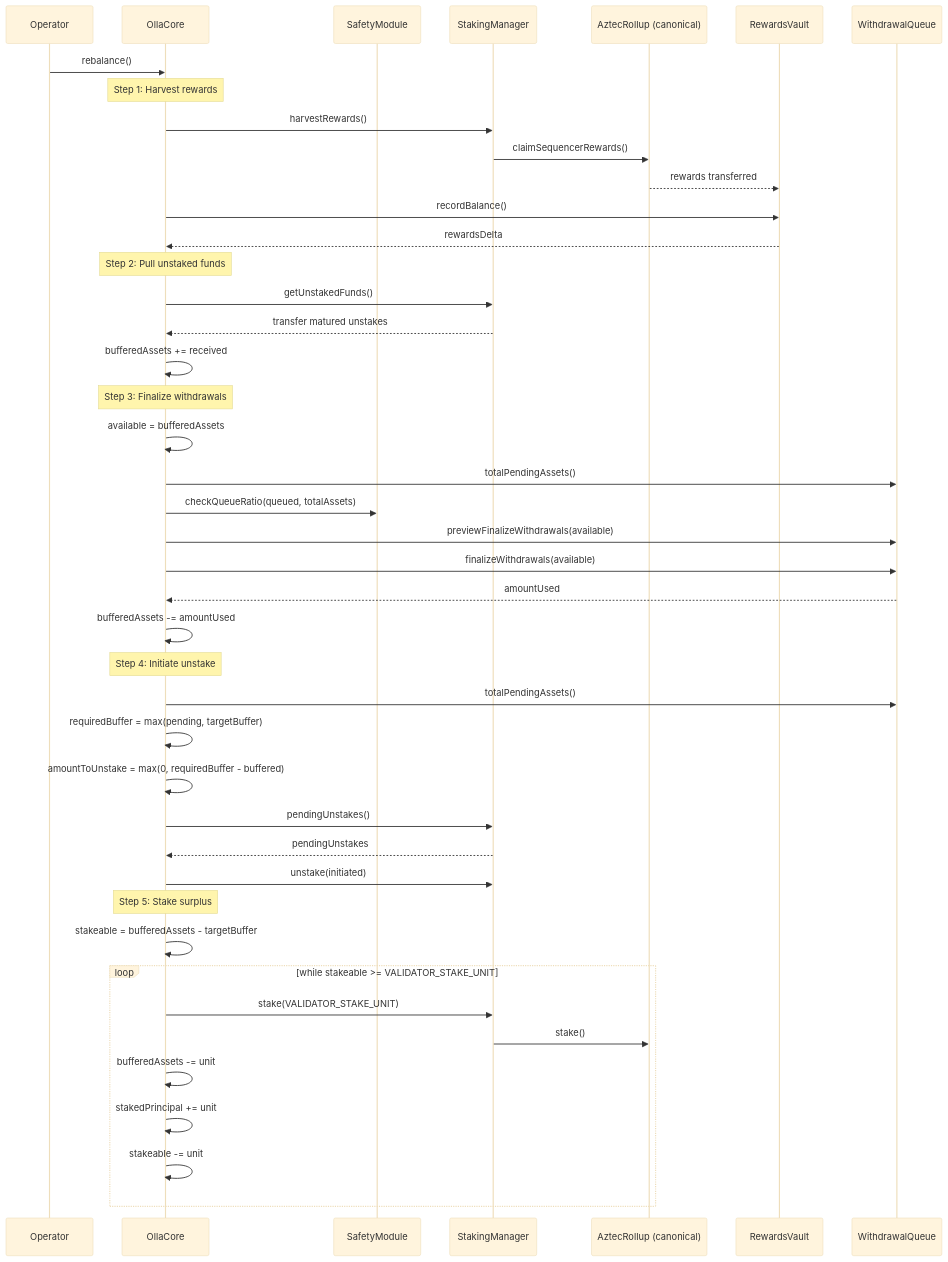
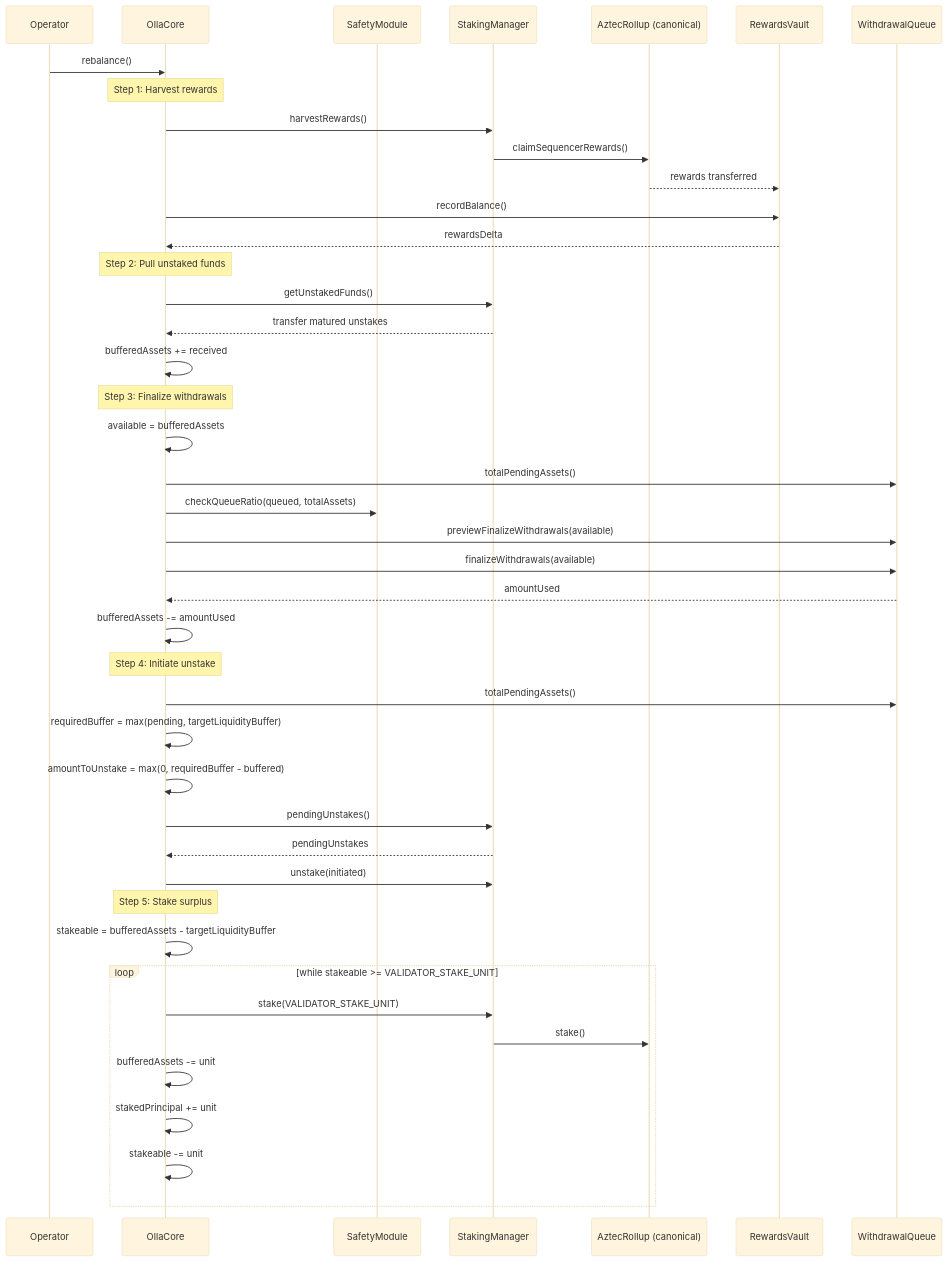
Before and after one commit to ollafinance/core: the eighth of 9 diagrams in mermaid-diagrams.md, drawn with Mermaid (base theme). The commit also changed other lines of this file and 1 other file, not shown here.

Commit message:
rename to targetLiquidityBuffer in diagrams

````diff
--- a/mermaid-diagrams.md
+++ b/mermaid-diagrams.md
@@ -262,51 +262,51 @@
 ```mermaid
 sequenceDiagram
     participant OP as Operator
     participant C as OllaCore
     participant SAF as SafetyModule
     participant SM as StakingManager
     participant AR as AztecRollup (canonical)
     participant RV as RewardsVault
     participant WQ as WithdrawalQueue
 
     OP->>C: rebalance()
 
     Note over C: Step 1: Harvest rewards
     C->>SM: harvestRewards()
     SM->>AR: claimSequencerRewards()
     AR-->>RV: rewards transferred
     C->>RV: recordBalance()
     RV-->>C: rewardsDelta
 
     Note over C: Step 2: Pull unstaked funds
     C->>SM: getUnstakedFunds()
     SM-->>C: transfer matured unstakes
     C->>C: bufferedAssets += received
 
     Note over C: Step 3: Finalize withdrawals
     C->>C: available = bufferedAssets
     C->>WQ: totalPendingAssets()
     C->>SAF: checkQueueRatio(queued, totalAssets)
     C->>WQ: previewFinalizeWithdrawals(available)
     C->>WQ: finalizeWithdrawals(available)
     WQ-->>C: amountUsed
     C->>C: bufferedAssets -= amountUsed
 
     Note over C: Step 4: Initiate unstake
     C->>WQ: totalPendingAssets()
-    C->>C: requiredBuffer = max(pending, targetBuffer)
+    C->>C: requiredBuffer = max(pending, targetLiquidityBuffer)
     C->>C: amountToUnstake = max(0, requiredBuffer - buffered)
     C->>SM: pendingUnstakes()
     SM-->>C: pendingUnstakes
     C->>SM: unstake(initiated)
 
     Note over C: Step 5: Stake surplus
-    C->>C: stakeable = bufferedAssets - targetBuffer
+    C->>C: stakeable = bufferedAssets - targetLiquidityBuffer
     loop while stakeable >= VALIDATOR_STAKE_UNIT
         C->>SM: stake(VALIDATOR_STAKE_UNIT)
         SM->>AR: stake()
         C->>C: bufferedAssets -= unit
         C->>C: stakedPrincipal += unit
         C->>C: stakeable -= unit
     end
 ```
````
